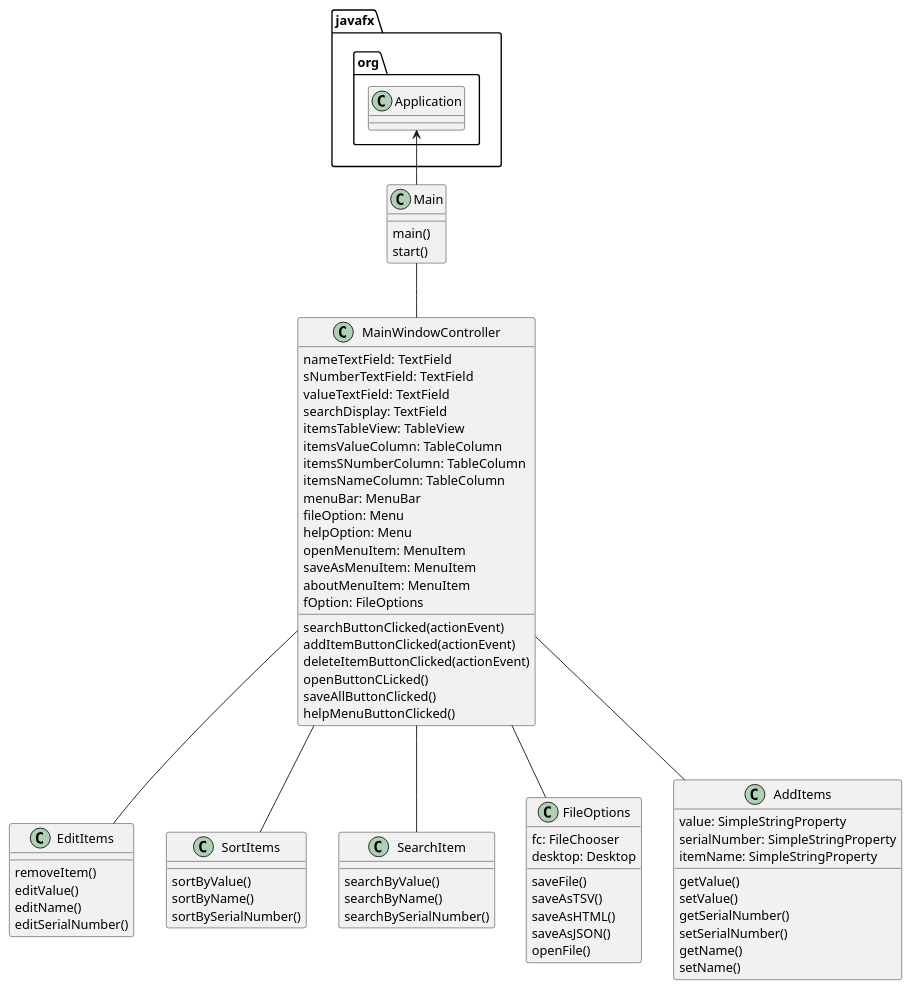
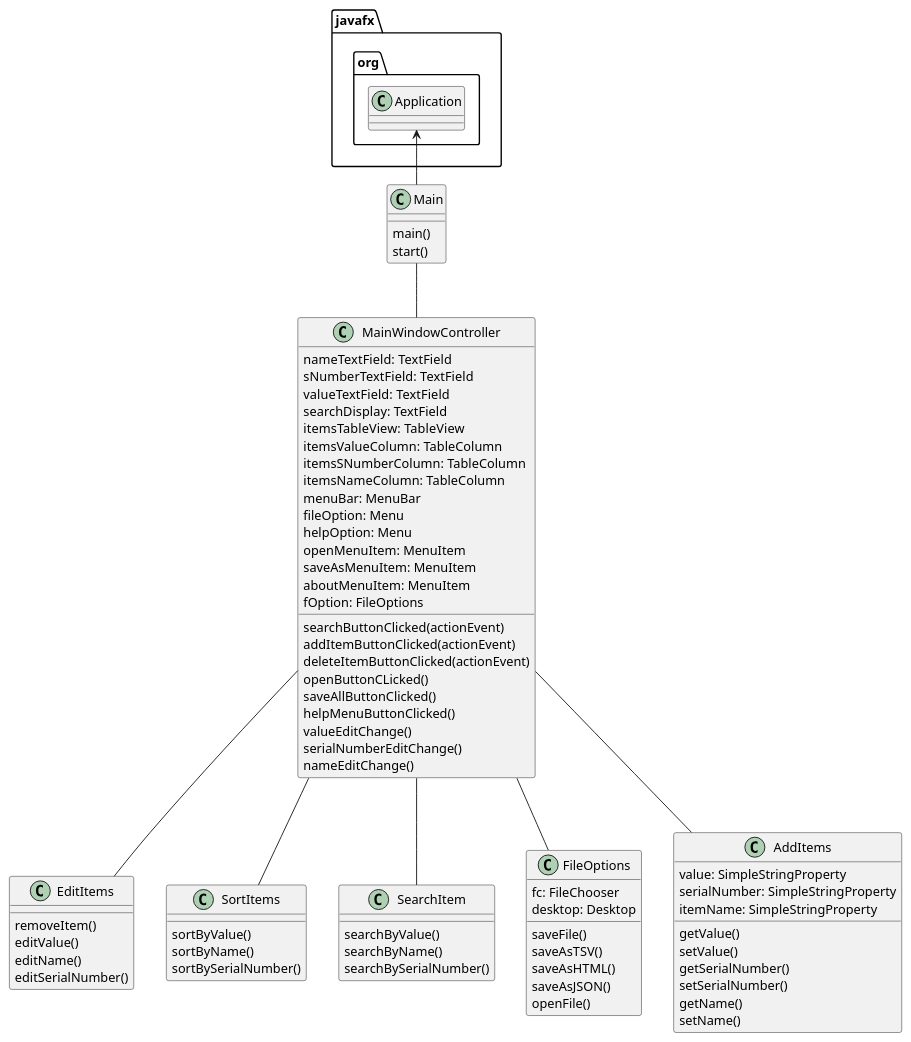
The diagram in uml/Assignment5.puml (martucciv/martucci-7308-a5), drawn with PlantUML before and after one commit. The commit also changed 3 other files, not shown here.

```diff
--- a/uml/Assignment5.puml
+++ b/uml/Assignment5.puml
@@ -1,85 +1,88 @@
 @startuml
 
 javafx.org.Application <-- Main
 Main -- MainWindowController
 MainWindowController -- EditItems
 MainWindowController -- SortItems
 MainWindowController -- SearchItem
 MainWindowController -- FileOptions
 MainWindowController -- AddItems
 
 class Main{
     main()
     start()
 }
 
 class MainWindowController{
     nameTextField: TextField
     sNumberTextField: TextField
     valueTextField: TextField
     searchDisplay: TextField
     itemsTableView: TableView
     itemsValueColumn: TableColumn
     itemsSNumberColumn: TableColumn
     itemsNameColumn: TableColumn
     menuBar: MenuBar
     fileOption: Menu
     helpOption: Menu
     openMenuItem: MenuItem
     saveAsMenuItem: MenuItem
     aboutMenuItem: MenuItem
     fOption: FileOptions
 
     searchButtonClicked(actionEvent)
     addItemButtonClicked(actionEvent)
     deleteItemButtonClicked(actionEvent)
     openButtonCLicked()
     saveAllButtonClicked()
     helpMenuButtonClicked()
+    valueEditChange()
+    serialNumberEditChange()
+    nameEditChange()
 }
 
 class AddItems{
     value: SimpleStringProperty
     serialNumber: SimpleStringProperty
     itemName: SimpleStringProperty
 
     getValue()
     setValue()
     getSerialNumber()
     setSerialNumber()
     getName()
     setName()
 }
 
 class EditItems {
     removeItem()
     editValue()
     editName()
     editSerialNumber()
 }
 
 class SortItems{
     sortByValue()
     sortByName()
     sortBySerialNumber()
 }
 
 class SearchItem{
     searchByValue()
     searchByName()
     searchBySerialNumber()
 }
 
 class FileOptions{
     fc: FileChooser
     desktop: Desktop
 
     saveFile()
     saveAsTSV()
     saveAsHTML()
     saveAsJSON()
     openFile()
 }
 
 
 @enduml
```
